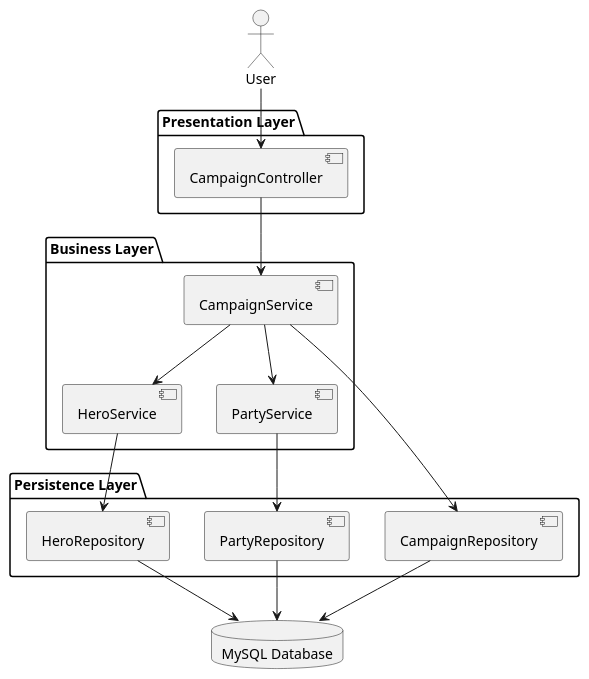
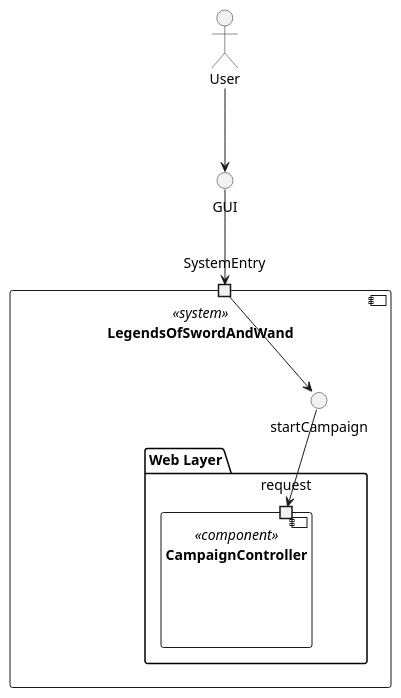
One commit to MohammedPatel-yorku/LegendsOfSwordAndWand changed the diagram in Component Diagram/Campaign Component Diagram.puml. Above: the diagram before and after it, drawn with PlantUML. The commit also changed 1 other file, not shown here.

```diff
--- a/Component Diagram/Campaign Component Diagram.puml
+++ b/Component Diagram/Campaign Component Diagram.puml
@@ -1,42 +1,23 @@
 @startuml
 'https://plantuml.com/component-diagram
 
 actor User
 
-package "Presentation Layer" {
-  component "CampaignController" as CC
+component LegendsOfSwordAndWand <<system>> {
+    port SystemEntry
+    interface startCampaign
+    package "Web Layer" {
+        component CampaignController <<component>> {
+            port request
+        }
+    }
 }
 
-package "Business Layer" {
-  component "HeroService" as HS
-  component "CampaignService" as CS
-  component "PartyService" as PS
-}
+interface GUI
 
-package "Persistence Layer" {
-  component "CampaignRepository" as CR
-  component "HeroRepository" as HR
-  component "PartyRepository" as PR
-}
-
-database "MySQL Database" as DB
-
-' === Connections ===
-
-User --> CC
-
-CC --> CS
-
-CS --> HS
-CS --> PS
-CS --> CR
-
-HS --> HR
-PS --> PR
-
-CR --> DB
-HR --> DB
-PR --> DB
-
+User --> GUI
+GUI --> SystemEntry
+SystemEntry --> startCampaign
+startCampaign --> request
 
 @enduml
```
